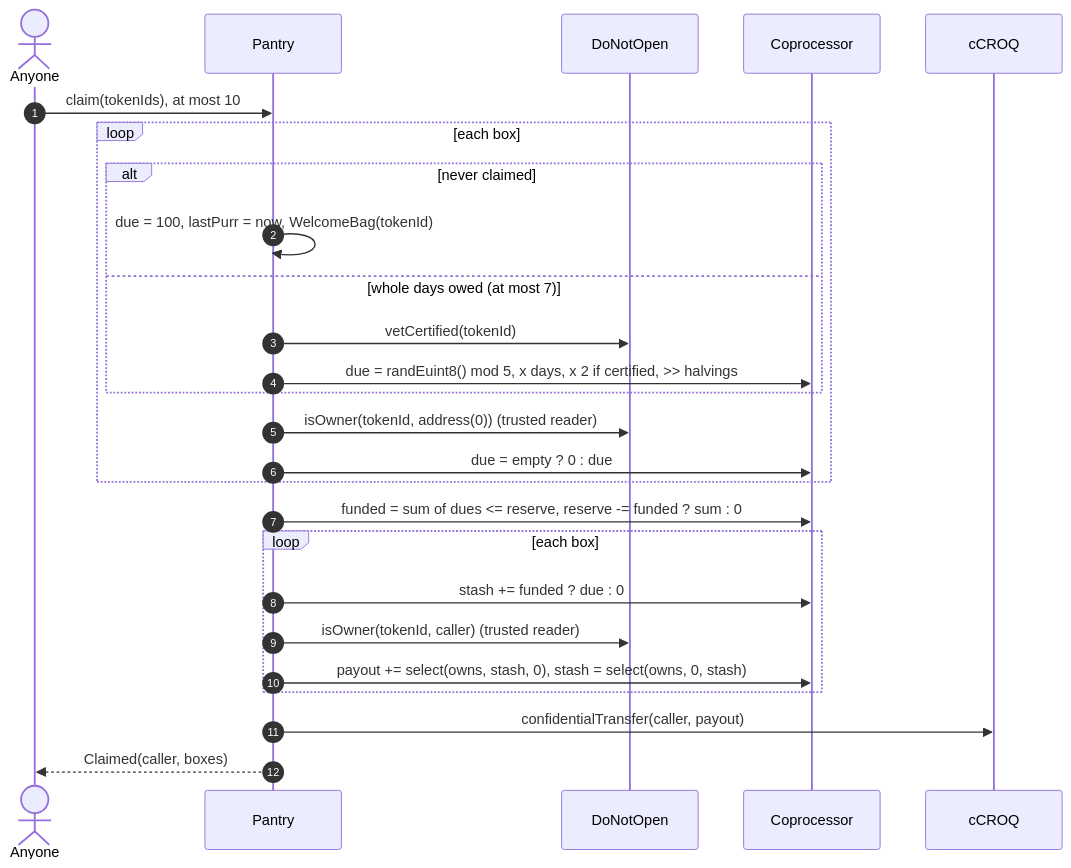
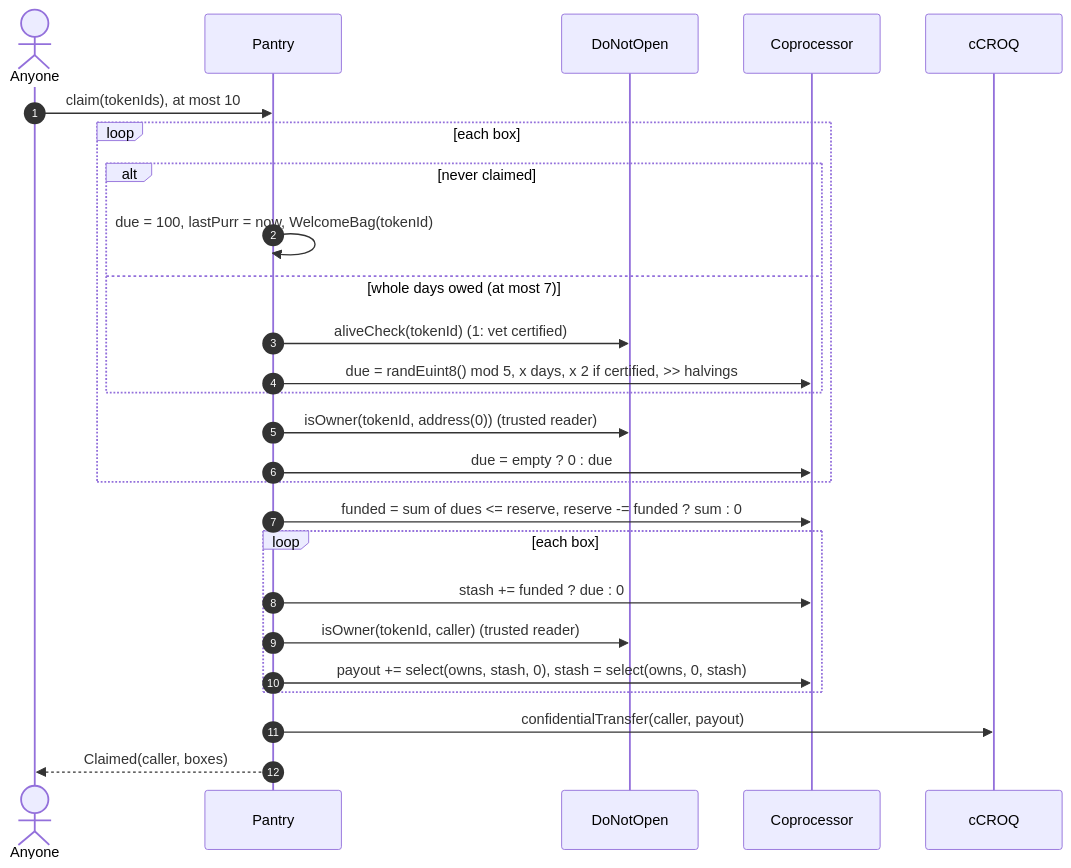
Diagram 37 of 40 in docs/FLOWS.md (jecombe/do_not_open), drawn with Mermaid before and after one commit. The commit also changed other lines of this file and 99 other files, not shown here.

````diff
--- a/docs/FLOWS.md
+++ b/docs/FLOWS.md
@@ -1130,28 +1231,28 @@
 ```mermaid
 sequenceDiagram
   autonumber
   actor H as Anyone
   participant Pa as Pantry
   participant B as DoNotOpen
   participant Co as Coprocessor
   participant W as cCROQ
   H->>Pa: claim(tokenIds), at most 10
   loop each box
     alt never claimed
       Pa->>Pa: due = 100, lastPurr = now, WelcomeBag(tokenId)
     else whole days owed (at most 7)
-      Pa->>B: vetCertified(tokenId)
+      Pa->>B: aliveCheck(tokenId) (1: vet certified)
       Pa->>Co: due = randEuint8() mod 5, x days, x 2 if certified, >> halvings
     end
     Pa->>B: isOwner(tokenId, address(0)) (trusted reader)
     Pa->>Co: due = empty ? 0 : due
   end
   Pa->>Co: funded = sum of dues <= reserve, reserve -= funded ? sum : 0
   loop each box
     Pa->>Co: stash += funded ? due : 0
     Pa->>B: isOwner(tokenId, caller) (trusted reader)
     Pa->>Co: payout += select(owns, stash, 0), stash = select(owns, 0, stash)
   end
   Pa->>W: confidentialTransfer(caller, payout)
   Pa-->>H: Claimed(caller, boxes)
 ```
````
